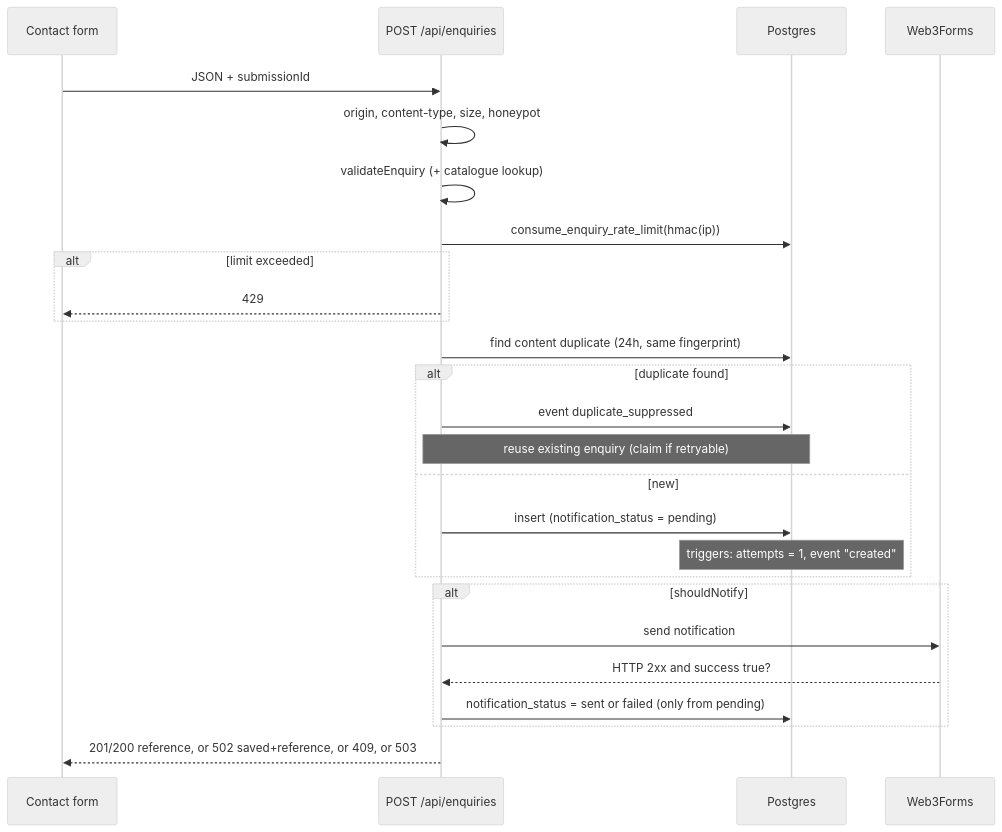
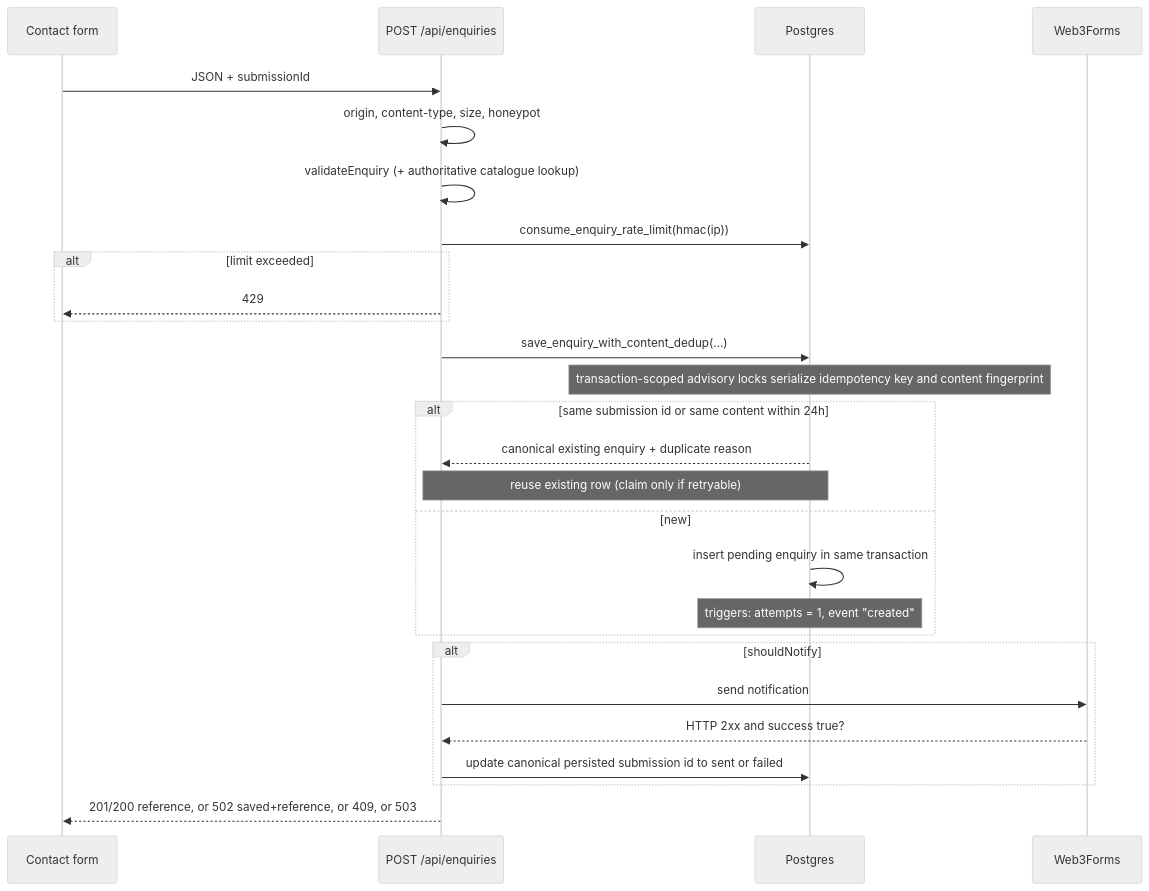
Before and after one commit to sudippandey/Teenkanya-Travel-and-Trek: the first of 2 diagrams in docs/ENQUIRY-WORKFLOW.md, drawn with Mermaid (neutral theme). The commit also changed other lines of this file, not shown here.

Commit message:
docs(enquiries): document atomic deduplication and canonical status updates

````diff
--- a/docs/ENQUIRY-WORKFLOW.md
+++ b/docs/ENQUIRY-WORKFLOW.md
@@ -5,28 +5,29 @@
 ```mermaid
 sequenceDiagram
   participant C as Contact form
   participant R as POST /api/enquiries
   participant DB as Postgres
   participant W as Web3Forms
   C->>R: JSON + submissionId
   R->>R: origin, content-type, size, honeypot
-  R->>R: validateEnquiry (+ catalogue lookup)
+  R->>R: validateEnquiry (+ authoritative catalogue lookup)
   R->>DB: consume_enquiry_rate_limit(hmac(ip))
   alt limit exceeded
     R-->>C: 429
   end
-  R->>DB: find content duplicate (24h, same fingerprint)
-  alt duplicate found
-    R->>DB: event duplicate_suppressed
-    Note over R,DB: reuse existing enquiry (claim if retryable)
+  R->>DB: save_enquiry_with_content_dedup(...)
+  Note over DB: transaction-scoped advisory locks serialize idempotency key and content fingerprint
+  alt same submission id or same content within 24h
+    DB-->>R: canonical existing enquiry + duplicate reason
+    Note over R,DB: reuse existing row (claim only if retryable)
   else new
-    R->>DB: insert (notification_status = pending)
+    DB->>DB: insert pending enquiry in same transaction
     Note over DB: triggers: attempts = 1, event "created"
   end
   alt shouldNotify
     R->>W: send notification
     W-->>R: HTTP 2xx and success true?
-    R->>DB: notification_status = sent or failed (only from pending)
+    R->>DB: update canonical persisted submission id to sent or failed
   end
   R-->>C: 201/200 reference, or 502 saved+reference, or 409, or 503
 ```
````
